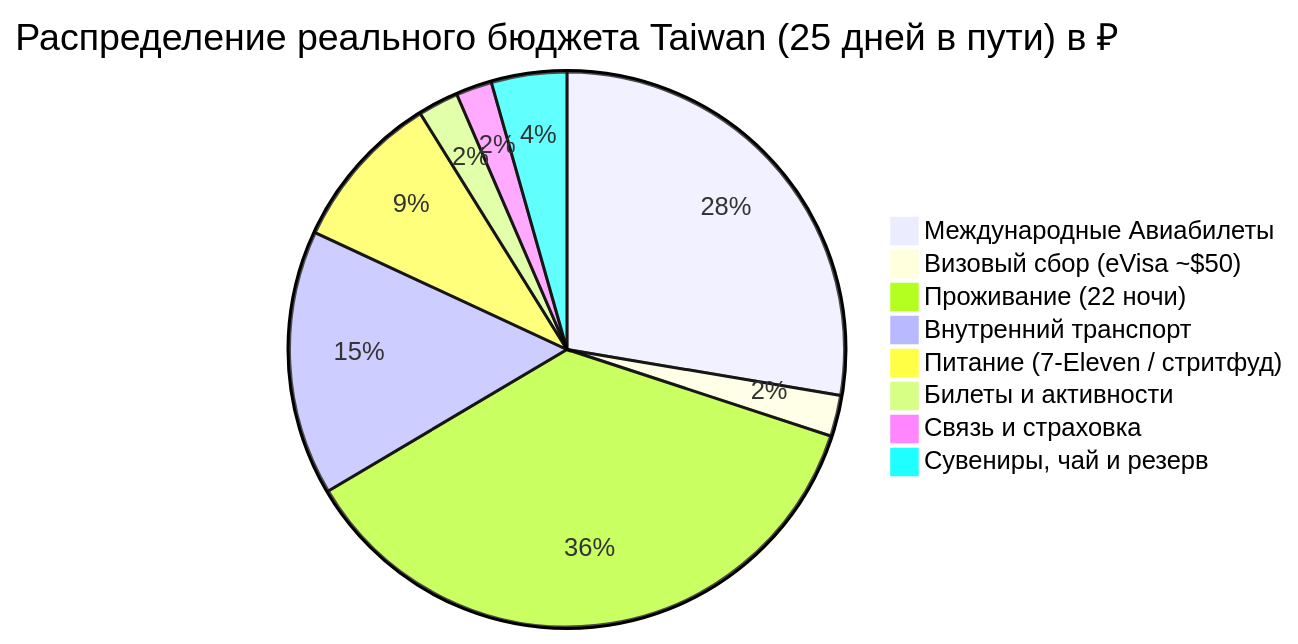
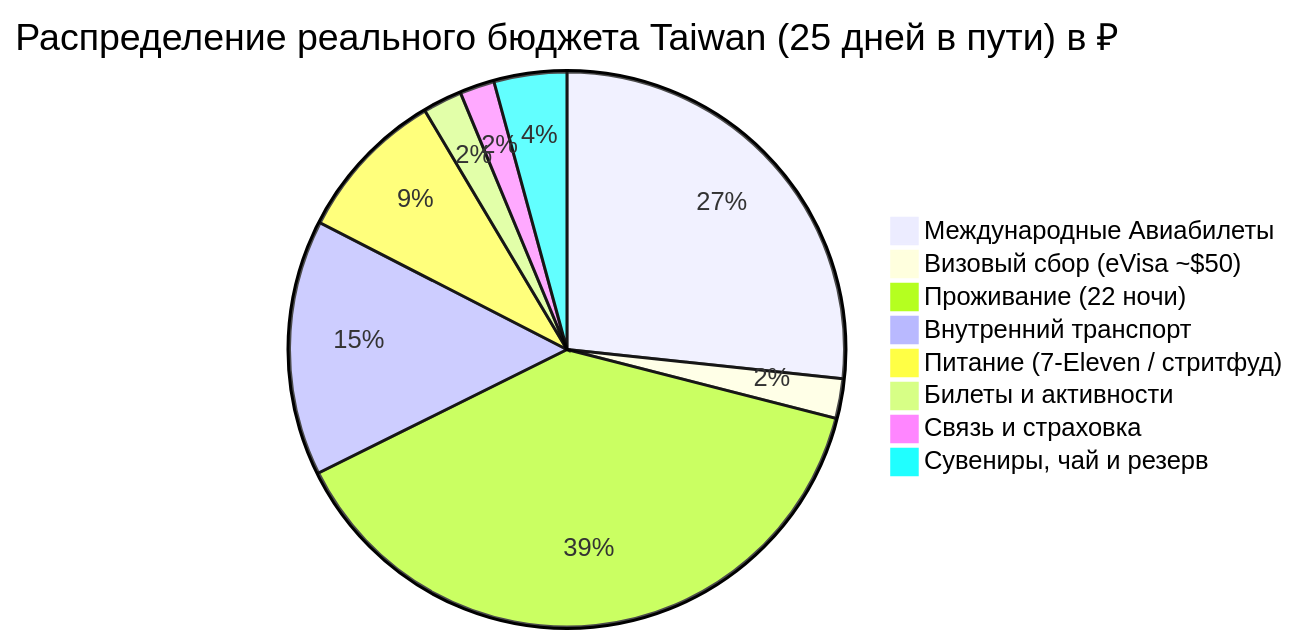
The diagram in Personal Note/Travel/-- Taiwan/04 - Финансы/Финансы.md (injurka/obsidian-mark), drawn with Mermaid before and after one commit. The commit also changed other lines of this file and 47 other files, not shown here.

````diff
--- a/Personal Note/Travel/-- Taiwan/04 - Финансы/Финансы.md
+++ b/Personal Note/Travel/-- Taiwan/04 - Финансы/Финансы.md
@@ -13,11 +13,11 @@
 ```mermaid
 pie title Распределение реального бюджета Taiwan (25 дней в пути) в ₽
     "Международные Авиабилеты" : 55412
     "Визовый сбор (eVisa ~$50)" : 4800
-    "Проживание (22 ночи)" : 73016
+    "Проживание (22 ночи)" : 80308
     "Внутренний транспорт" : 30925
     "Питание (7-Eleven / стритфуд)" : 18500
     "Билеты и активности" : 4740
     "Связь и страховка" : 4200
     "Сувениры, чай и резерв" : 8800
 ```
````
